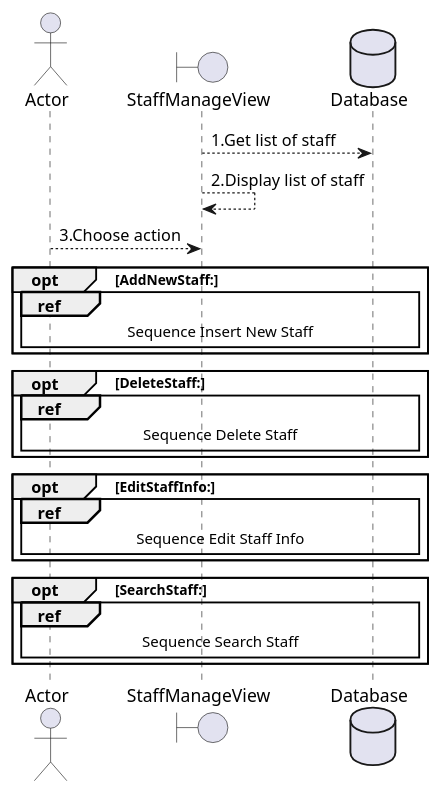
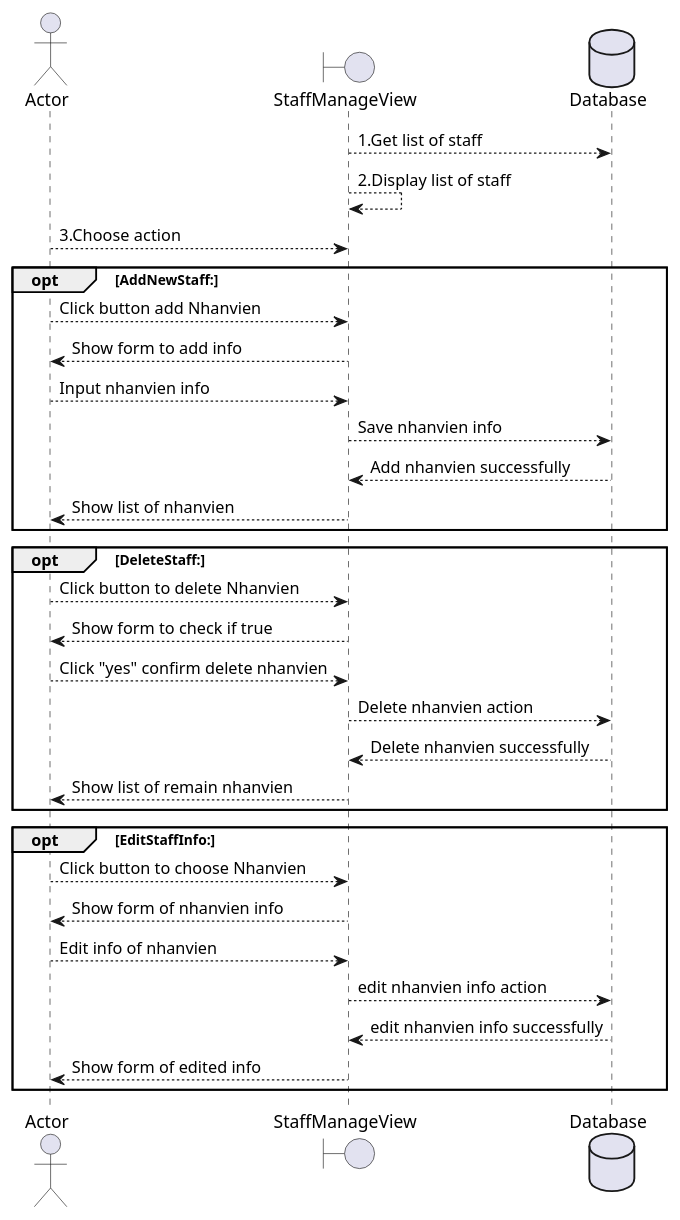
Before and after one commit to vanlinh1602/SE357-Pratice-class: the diagram in Lab 1/Lab1.2/Sequence Diagram/QLNhanVien.pu, drawn with PlantUML. The commit also changed 13 other files, not shown here.

First line of the commit message:
update sequence diagram

```diff
--- a/Lab 1/Lab1.2/Sequence Diagram/QLNhanVien.pu
+++ b/Lab 1/Lab1.2/Sequence Diagram/QLNhanVien.pu
@@ -1,27 +1,38 @@
 @startuml QL nhan vien
 
 actor Actor 
 boundary StaffManageView 
 database Database 
 
 StaffManageView --> Database: 1.Get list of staff
 StaffManageView --> StaffManageView: 2.Display list of staff
 Actor --> StaffManageView: 3.Choose action
 
 opt AddNewStaff:
-    ref over Actor, StaffManageView, Database: Sequence Insert New Staff
+Actor --> StaffManageView: Click button add Nhanvien
+StaffManageView --> Actor: Show form to add info
+Actor --> StaffManageView: Input nhanvien info
+StaffManageView --> Database: Save nhanvien info
+Database --> StaffManageView: Add nhanvien successfully
+StaffManageView --> Actor: Show list of nhanvien
 end   
 
 opt DeleteStaff:
-    ref over Actor, StaffManageView, Database: Sequence Delete Staff
+Actor --> StaffManageView: Click button to delete Nhanvien
+StaffManageView --> Actor: Show form to check if true
+Actor --> StaffManageView: Click "yes" confirm delete nhanvien
+StaffManageView --> Database: Delete nhanvien action
+Database --> StaffManageView: Delete nhanvien successfully
+StaffManageView --> Actor: Show list of remain nhanvien
 end
 
 opt EditStaffInfo:
-    ref over Actor, StaffManageView, Database: Sequence Edit Staff Info
-end   
-
-opt SearchStaff:
-    ref over Actor, StaffManageView, Database: Sequence Search Staff
-end  
+Actor --> StaffManageView: Click button to choose Nhanvien
+StaffManageView --> Actor: Show form of nhanvien info
+Actor --> StaffManageView: Edit info of nhanvien
+StaffManageView --> Database:  edit nhanvien info action
+Database --> StaffManageView: edit nhanvien info successfully
+StaffManageView --> Actor: Show form of edited info
+end
 
 @enduml
```
